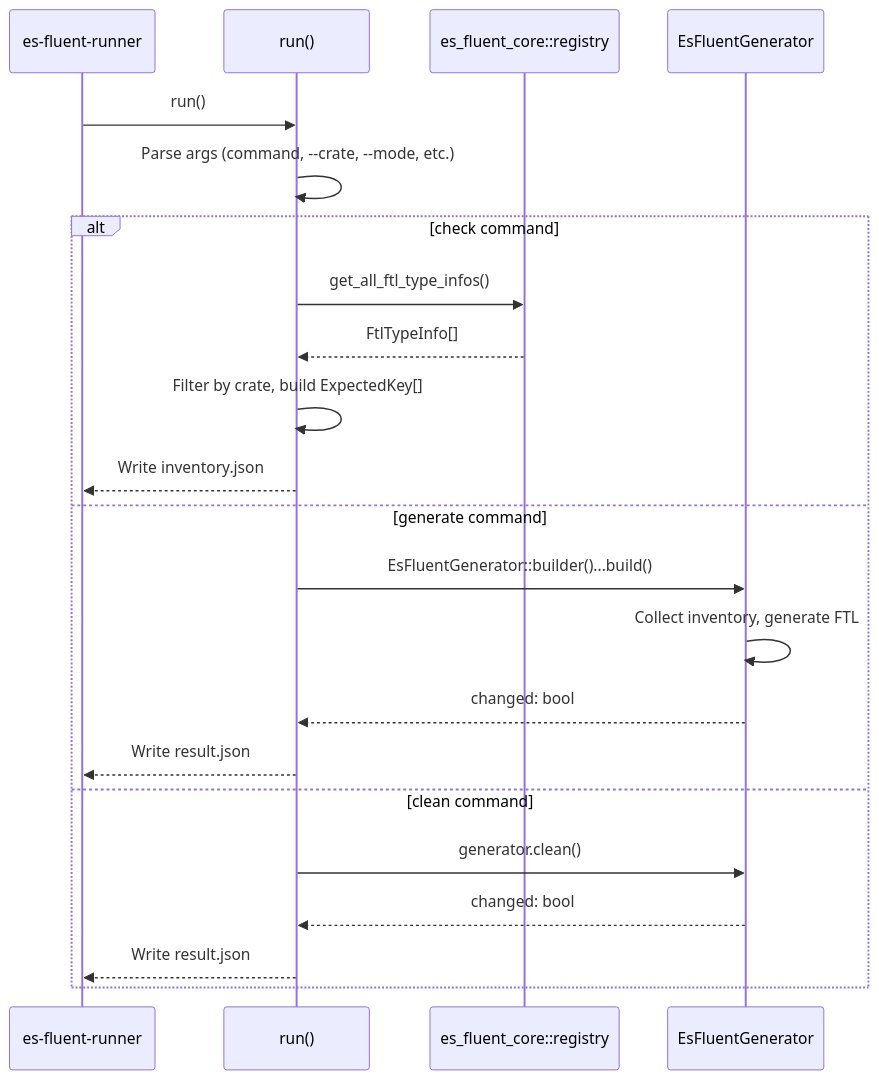
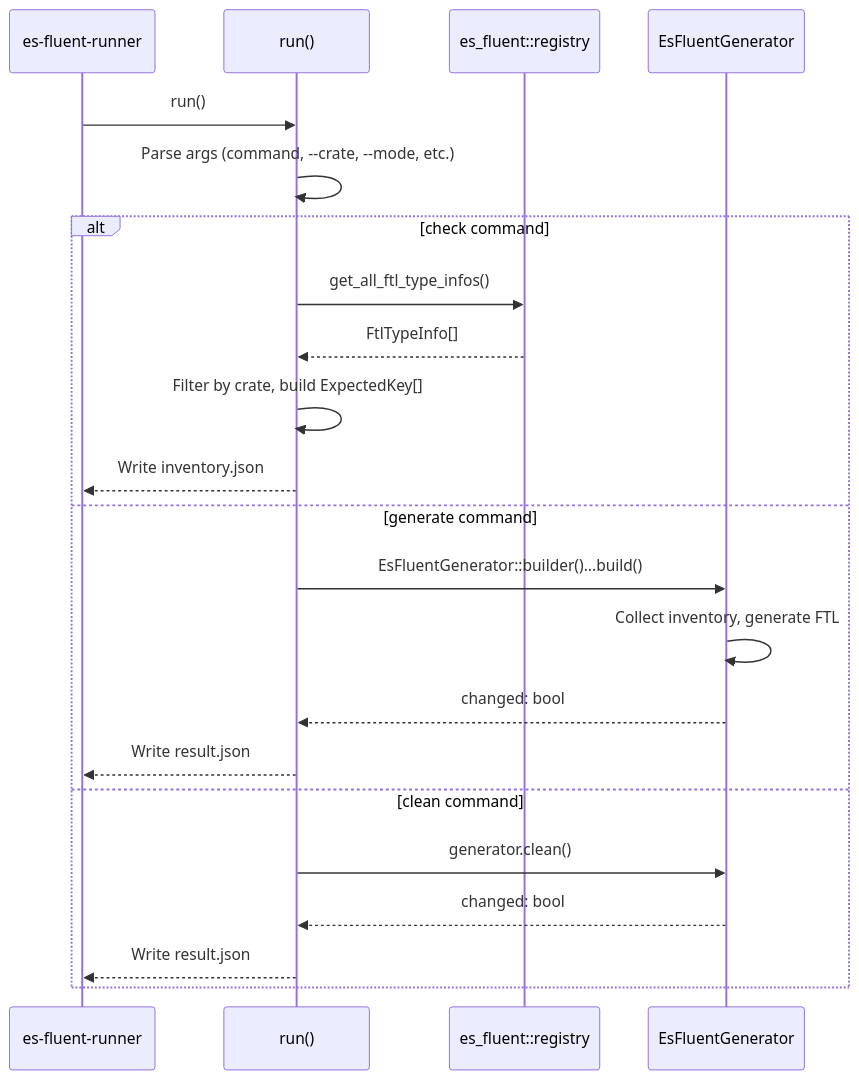
Before and after one commit to stayhydated/es-fluent: the third of 3 diagrams in crates/es-fluent-cli-helpers/docs/ARCHITECTURE.md, drawn with Mermaid. The commit also changed 7 other files, not shown here.

````diff
--- a/crates/es-fluent-cli-helpers/docs/ARCHITECTURE.md
+++ b/crates/es-fluent-cli-helpers/docs/ARCHITECTURE.md
@@ -72,26 +72,26 @@
 ```mermaid
 sequenceDiagram
     participant Runner as es-fluent-runner
     participant Helpers as run()
-    participant Inventory as es_fluent_core::registry
+    participant Inventory as es_fluent::registry
     participant Generator as EsFluentGenerator
 
     Runner->>Helpers: run()
     Helpers->>Helpers: Parse args (command, --crate, --mode, etc.)
 
     alt check command
         Helpers->>Inventory: get_all_ftl_type_infos()
         Inventory-->>Helpers: FtlTypeInfo[]
         Helpers->>Helpers: Filter by crate, build ExpectedKey[]
         Helpers-->>Runner: Write inventory.json
     else generate command
         Helpers->>Generator: EsFluentGenerator::builder()...build()
         Generator->>Generator: Collect inventory, generate FTL
         Generator-->>Helpers: changed: bool
         Helpers-->>Runner: Write result.json
     else clean command
         Helpers->>Generator: generator.clean()
         Generator-->>Helpers: changed: bool
         Helpers-->>Runner: Write result.json
     end
 ```
````
